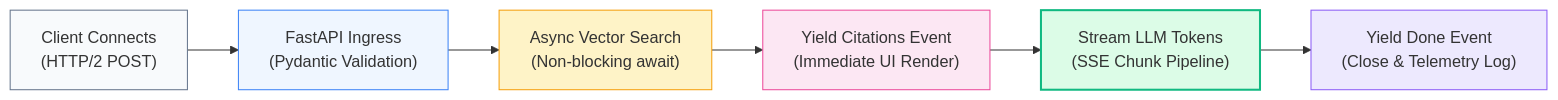
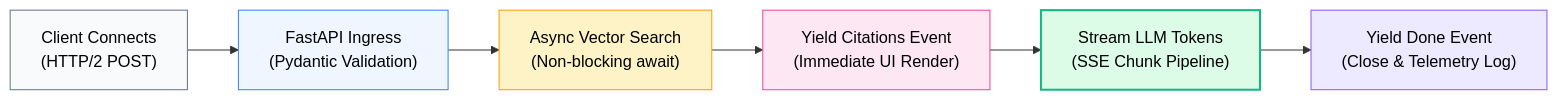
The third of 3 diagrams in 09-RAG-Deployment-and-Production/FastAPI-RAG.md (swapnil3104/RAG-Engineering), drawn with Mermaid before and after one commit. The commit also changed other lines of this file and 108 other files, not shown here.

Commit message:
fix: make chart text visible across all Mermaid diagrams and resolve markdown table formatting issues

````diff
--- a/09-RAG-Deployment-and-Production/FastAPI-RAG.md
+++ b/09-RAG-Deployment-and-Production/FastAPI-RAG.md
@@ -586,15 +586,15 @@
 ```mermaid
 flowchart LR
     A["Client Connects<br/>(HTTP/2 POST)"] --> B["FastAPI Ingress<br/>(Pydantic Validation)"]
     B --> C["Async Vector Search<br/>(Non-blocking await)"]
     C --> D["Yield Citations Event<br/>(Immediate UI Render)"]
     D --> E["Stream LLM Tokens<br/>(SSE Chunk Pipeline)"]
     E --> F["Yield Done Event<br/>(Close & Telemetry Log)"]
 
-    style A fill:#f8fafc,stroke:#64748b
-    style B fill:#eff6ff,stroke:#3b82f6
-    style C fill:#fef3c7,stroke:#f59e0b
-    style D fill:#fce7f3,stroke:#ec4899
-    style E fill:#dcfce7,stroke:#10b981,stroke-width:2px
-    style F fill:#ede9fe,stroke:#8b5cf6
+    style A fill:#f8fafc,stroke:#64748b,color:#000000
+    style B fill:#eff6ff,stroke:#3b82f6,color:#000000
+    style C fill:#fef3c7,stroke:#f59e0b,color:#000000
+    style D fill:#fce7f3,stroke:#ec4899,color:#000000
+    style E fill:#dcfce7,stroke:#10b981,stroke-width:2px,color:#000000
+    style F fill:#ede9fe,stroke:#8b5cf6,color:#000000
 ```
````
